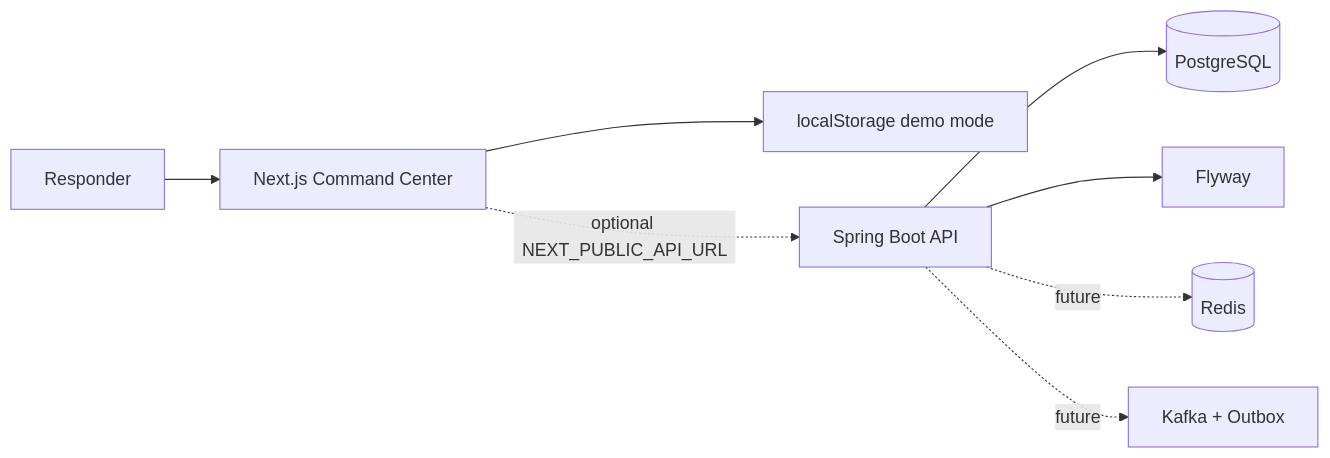
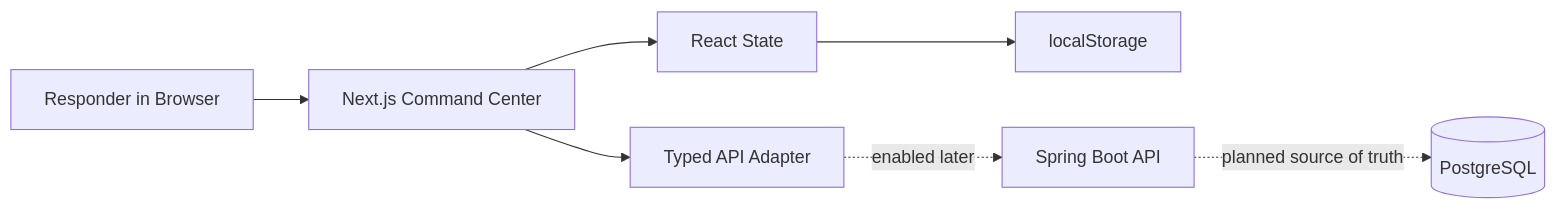
The diagram in README.md (Ninjja17/HandsonLab), drawn with Mermaid before and after one commit. The commit also changed other lines of this file and 1 other file, not shown here.

````diff
--- a/README.md
+++ b/README.md
@@ -82,10 +61,9 @@
 ```mermaid
 flowchart LR
-    U[Responder] --> W[Next.js Command Center]
-    W --> L[localStorage demo mode]
-    W -. optional NEXT_PUBLIC_API_URL .-> A[Spring Boot API]
-    A --> P[(PostgreSQL)]
-    A --> F[Flyway]
-    A -. future .-> R[(Redis)]
-    A -. future .-> K[Kafka + Outbox]
+    A[Responder in Browser] --> B[Next.js Command Center]
+    B --> C[React State]
+    C --> D[localStorage]
+    B --> E[Typed API Adapter]
+    E -. enabled later .-> F[Spring Boot API]
+    F -. planned source of truth .-> G[(PostgreSQL)]
 ```
````
